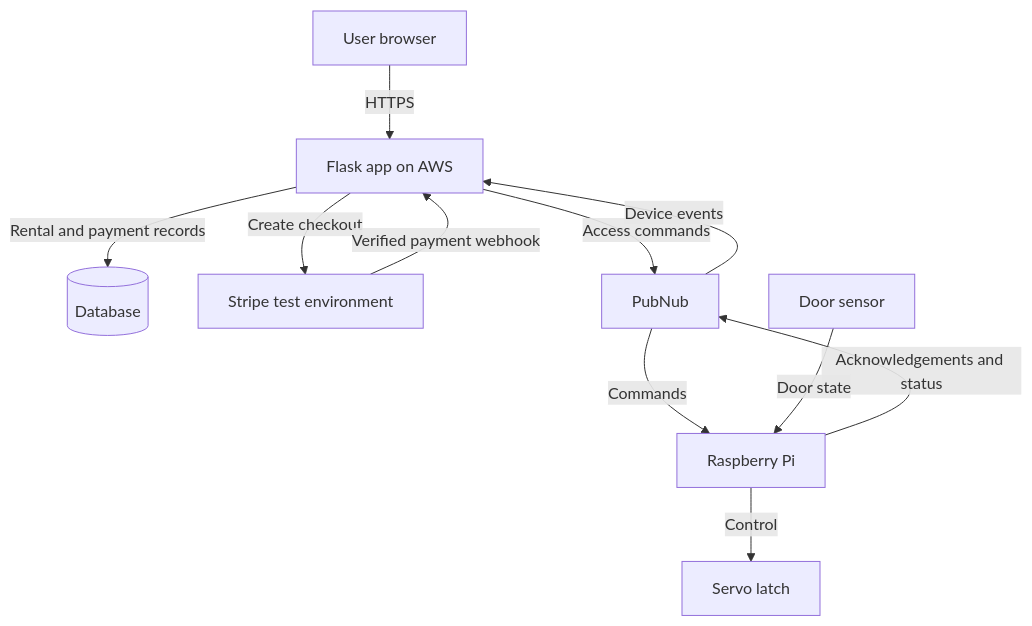
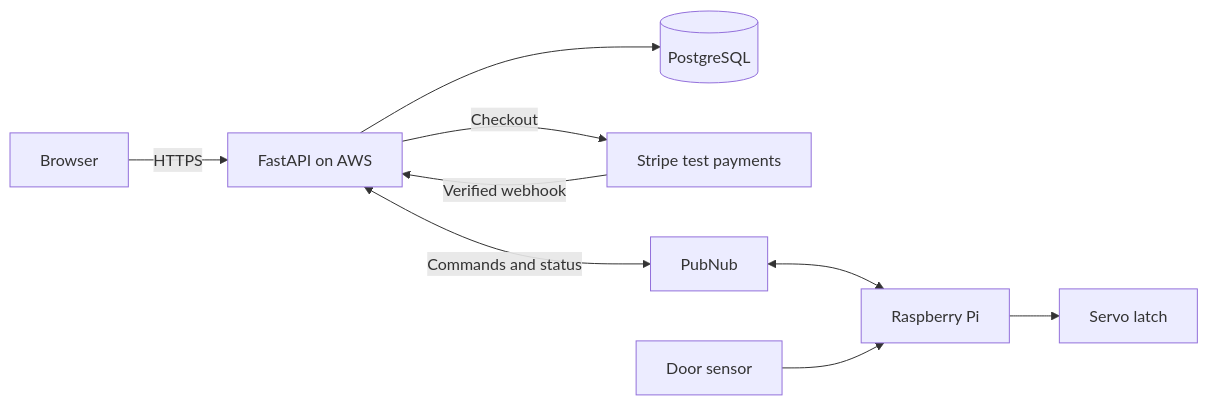
Before and after one commit to nikitsya/PayBox: the diagram in README.md, drawn with Mermaid. The commit also changed other lines of this file and 2 other files, not shown here.

````diff
--- a/README.md
+++ b/README.md
@@ -93,13 +33,11 @@
 ```mermaid
-flowchart TD
-    User[User browser] -->|HTTPS| Web[Flask app on AWS]
-    Web -->|Rental and payment records| DB[(Database)]
-    Web -->|Create checkout| Stripe[Stripe test environment]
-    Stripe -->|Verified payment webhook| Web
-    Web -->|Access commands| PubNub[PubNub]
-    PubNub -->|Commands| Pi[Raspberry Pi]
-    Pi -->|Acknowledgements and status| PubNub
-    PubNub -->|Device events| Web
-    Pi -->|Control| Latch[Servo latch]
-    Sensor[Door sensor] -->|Door state| Pi
+flowchart LR
+    Browser -->|HTTPS| App[FastAPI on AWS]
+    App --> DB[(PostgreSQL)]
+    App -->|Checkout| Stripe[Stripe test payments]
+    Stripe -->|Verified webhook| App
+    App <-->|Commands and status| PubNub
+    PubNub <--> Pi[Raspberry Pi]
+    Pi --> Latch[Servo latch]
+    Sensor[Door sensor] --> Pi
 ```
````
